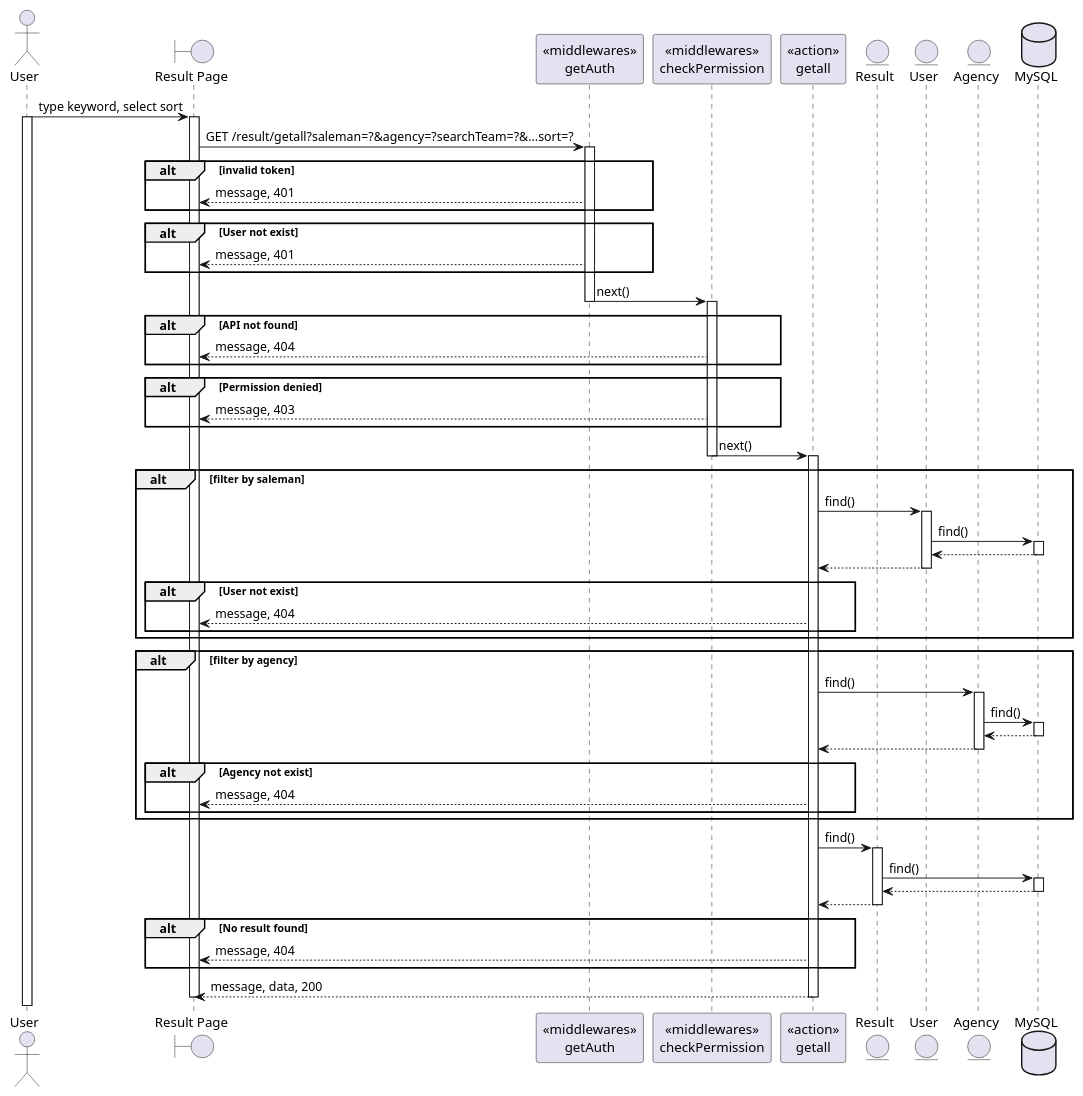
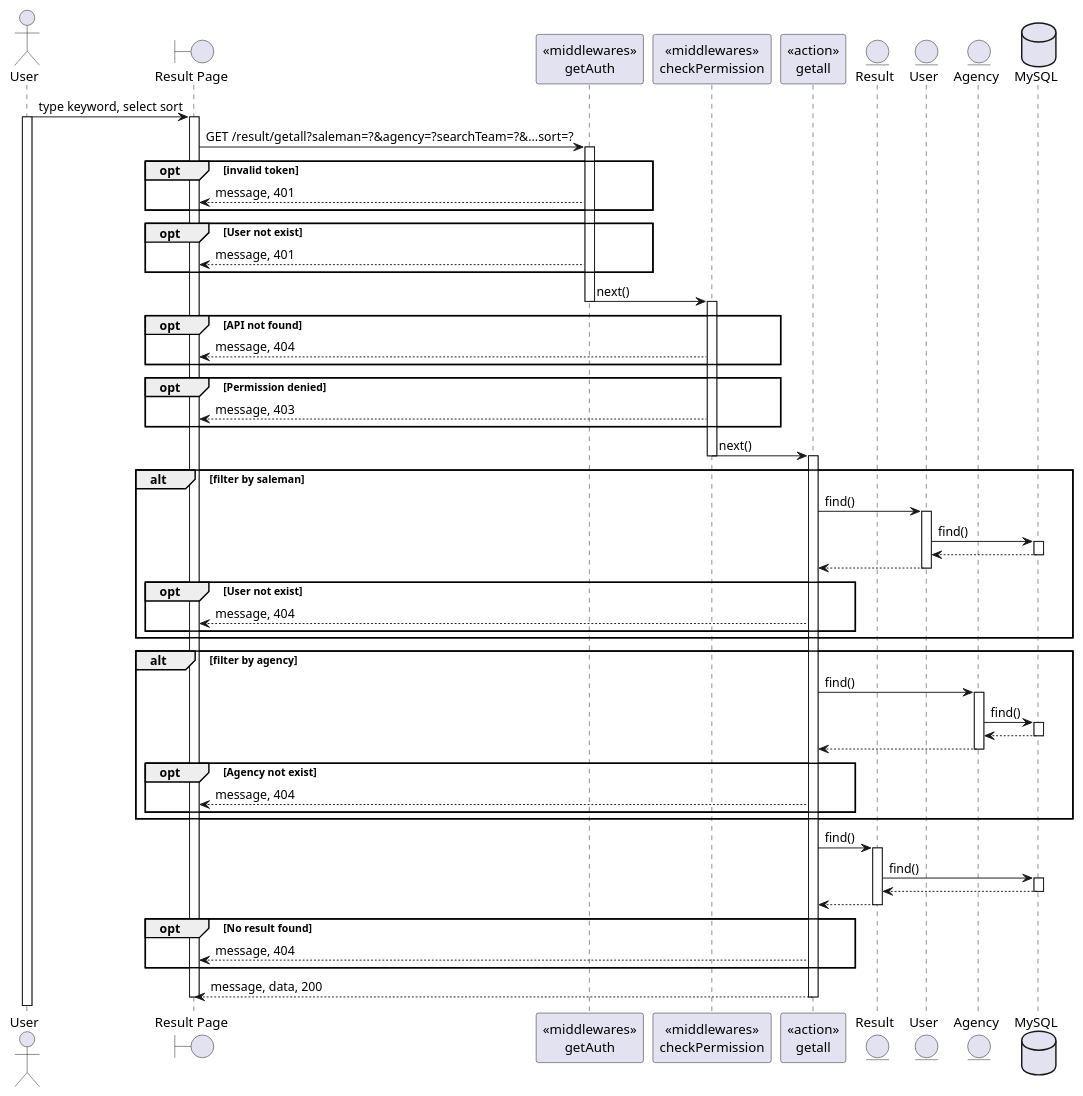
The diagram in SequeceDiagram/result/get.wsd (BunnyButtpowder/TeleLink-Original), drawn with PlantUML before and after one commit. The commit also changed 13 other files, not shown here.

Commit message:
fix update call result api and add some sequence diagram

```diff
--- a/SequeceDiagram/result/get.wsd
+++ b/SequeceDiagram/result/get.wsd
@@ -1,83 +1,83 @@
 @startuml
 actor User
 boundary "Result Page" as Client
 participant "<<middlewares>>\ngetAuth" as mid1
 participant "<<middlewares>>\ncheckPermission" as mid2
 participant "<<action>>\ngetall" as Controller
 entity "Result" as Model1
 entity "User" as Model2
 entity "Agency" as Model3
 database "MySQL" as DB
 
 User -> Client: type keyword, select sort
 activate User
 activate Client
 Client -> mid1: GET /result/getall?saleman=?&agency=?searchTeam=?&...sort=?
 activate mid1
-alt invalid token
+opt invalid token
     mid1 --> Client: message, 401
 end
-alt User not exist
+opt User not exist
     mid1 --> Client: message, 401
 end
 mid1 -> mid2: next()
 deactivate mid1
 activate mid2
-alt API not found
+opt API not found
     mid2 --> Client: message, 404
 end
-alt Permission denied
+opt Permission denied
     mid2 --> Client: message, 403
 end
 mid2 -> Controller: next()
 deactivate mid2
 activate Controller
 alt filter by saleman
     Controller -> Model2: find()
     activate Model2
     Model2 -> DB: find()
     activate DB
     DB --> Model2
     deactivate DB
     Model2 --> Controller
     deactivate Model2
-    alt User not exist
+    opt User not exist
         Controller --> Client: message, 404
     end
 end
 alt filter by agency
     Controller -> Model3: find()
     activate Model3
     Model3 -> DB: find()
     activate DB
     DB --> Model3
     deactivate DB
     Model3 --> Controller
     deactivate Model3
-    alt Agency not exist
+    opt Agency not exist
         Controller --> Client: message, 404
     end
 end
 Controller -> Model1: find()
 activate Model1
 Model1 -> DB: find()
 activate DB
 DB --> Model1
 deactivate DB
 Model1 --> Controller
 deactivate Model1
-alt No result found
+opt No result found
     Controller --> Client: message, 404
 end
 Controller --> Client: message, data, 200
 deactivate Controller
 
 
 
 
 
 
 
 deactivate Client
 
 @enduml
```
